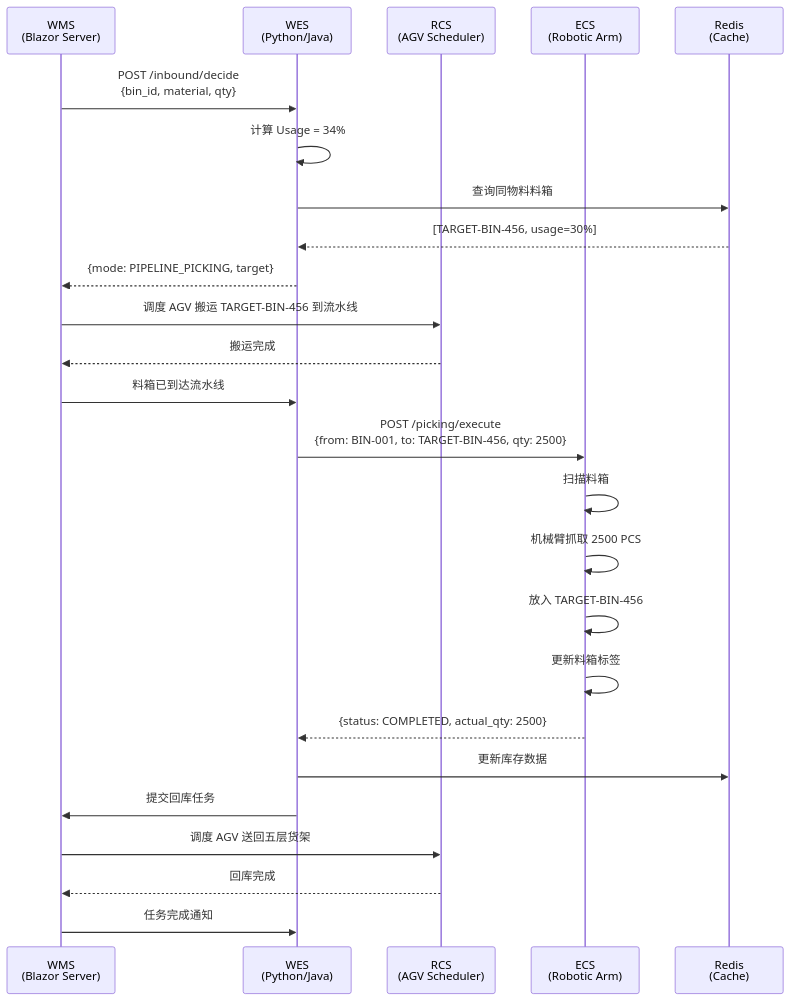
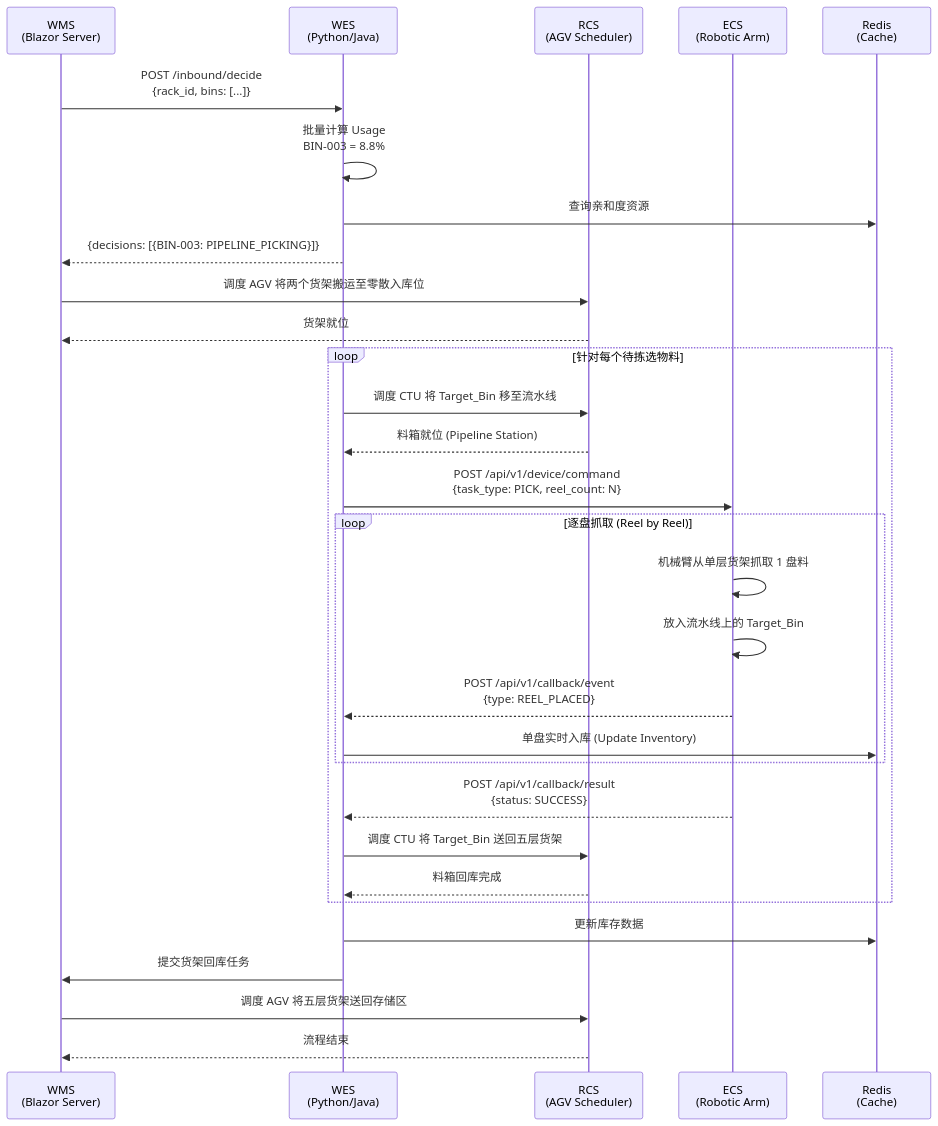
Before and after one commit to kaizhoumasha/fxn_wms: the second of 2 diagrams in docs/design/3.3.2-hybrid-inbound-strategy.md, drawn with Mermaid. The commit also changed other lines of this file and 2 other files, not shown here.

Commit message:
docs(3.3.2-hybrid-inbound-strategy): 完善 SMT 作业区 混合入库详细设计

````diff
--- a/docs/design/3.3.2-hybrid-inbound-strategy.md
+++ b/docs/design/3.3.2-hybrid-inbound-strategy.md
@@ -561,31 +748,38 @@
 ```mermaid
 sequenceDiagram
     participant WMS as WMS<br/>(Blazor Server)
     participant WES as WES<br/>(Python/Java)
     participant RCS as RCS<br/>(AGV Scheduler)
     participant ECS as ECS<br/>(Robotic Arm)
     participant Redis as Redis<br/>(Cache)
 
-    WMS->>WES: POST /inbound/decide<br/>{bin_id, material, qty}
-    WES->>WES: 计算 Usage = 34%
-    WES->>Redis: 查询同物料料箱
-    Redis-->>WES: [TARGET-BIN-456, usage=30%]
-    WES-->>WMS: {mode: PIPELINE_PICKING, target}
+    WMS->>WES: POST /inbound/decide<br/>{rack_id, bins: [...]}
+    WES->>WES: 批量计算 Usage<br/>BIN-003 = 8.8%
+    WES->>Redis: 查询亲和度资源
+    WES-->>WMS: {decisions: [{BIN-003: PIPELINE_PICKING}]}
 
-    WMS->>RCS: 调度 AGV 搬运 TARGET-BIN-456 到流水线
-    RCS-->>WMS: 搬运完成
-    WMS->>WES: 料箱已到达流水线
+    WMS->>RCS: 调度 AGV 将两个货架搬运至零散入库位
+    RCS-->>WMS: 货架就位
 
-    WES->>ECS: POST /picking/execute<br/>{from: BIN-001, to: TARGET-BIN-456, qty: 2500}
-    ECS->>ECS: 扫描料箱
-    ECS->>ECS: 机械臂抓取 2500 PCS
-    ECS->>ECS: 放入 TARGET-BIN-456
-    ECS->>ECS: 更新料箱标签
-    ECS-->>WES: {status: COMPLETED, actual_qty: 2500}
+    loop 针对每个待拣选物料
+        WES->>RCS: 调度 CTU 将 Target_Bin 移至流水线
+        RCS-->>WES: 料箱就位 (Pipeline Station)
+        
+        WES->>ECS: POST /api/v1/device/command<br/>{task_type: PICK, reel_count: N}
+        loop 逐盘抓取 (Reel by Reel)
+            ECS->>ECS: 机械臂从单层货架抓取 1 盘料
+            ECS->>ECS: 放入流水线上的 Target_Bin
+            ECS-->>WES: POST /api/v1/callback/event<br/>{type: REEL_PLACED}
+            WES->>Redis: 单盘实时入库 (Update Inventory)
+        end
+        ECS-->>WES: POST /api/v1/callback/result<br/>{status: SUCCESS}
+        
+        WES->>RCS: 调度 CTU 将 Target_Bin 送回五层货架
+        RCS-->>WES: 料箱回库完成
+    end
 
     WES->>Redis: 更新库存数据
-    WES->>WMS: 提交回库任务
-    WMS->>RCS: 调度 AGV 送回五层货架
-    RCS-->>WMS: 回库完成
-    WMS->>WES: 任务完成通知
+    WES->>WMS: 提交货架回库任务
+    WMS->>RCS: 调度 AGV 将五层货架送回存储区
+    RCS-->>WMS: 流程结束
 ```
````
